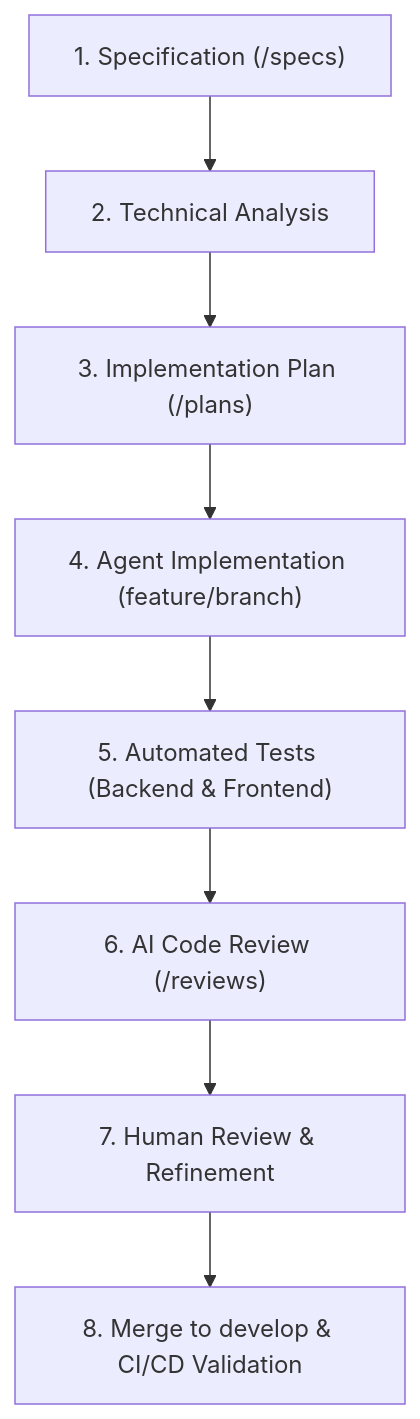
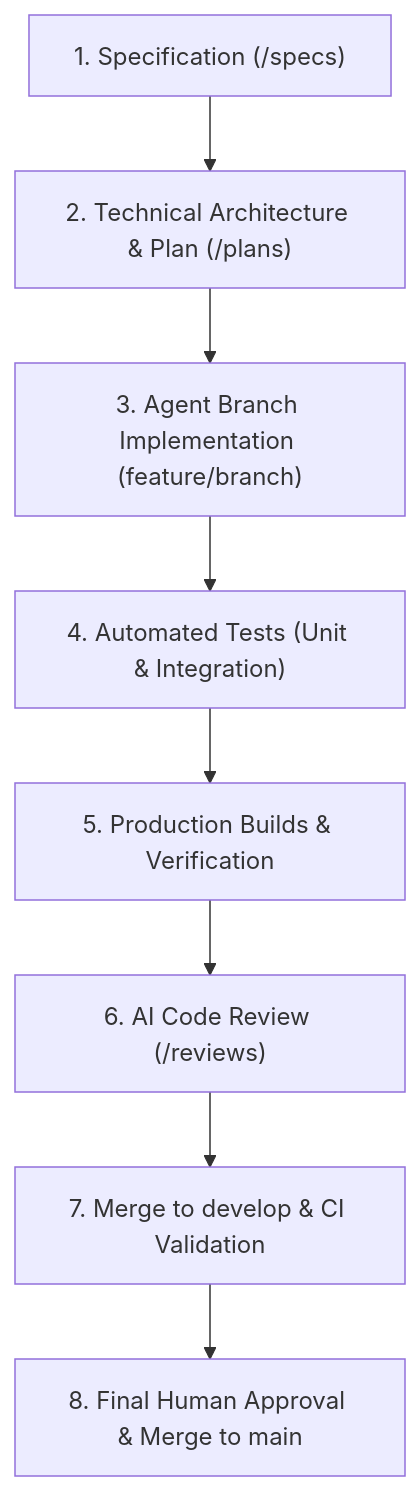
The first of 2 diagrams in README.md (brian-silvestri/AgenticBoard), drawn with Mermaid before and after one commit. The commit also changed other lines of this file and 4 other files, not shown here.

Commit message:
chore(devops-polish): update reverse proxy, final architecture & security reviews, and documentation

````diff
--- a/README.md
+++ b/README.md
@@ -31,10 +31,10 @@
 ```mermaid
 flowchart TD
-    A["1. Specification (/specs)"] --> B["2. Technical Analysis"]
-    B --> C["3. Implementation Plan (/plans)"]
-    C --> D["4. Agent Implementation (feature/branch)"]
-    D --> E["5. Automated Tests (Backend & Frontend)"]
+    A["1. Specification (/specs)"] --> B["2. Technical Architecture & Plan (/plans)"]
+    B --> C["3. Agent Branch Implementation (feature/branch)"]
+    C --> D["4. Automated Tests (Unit & Integration)"]
+    D --> E["5. Production Builds & Verification"]
     E --> F["6. AI Code Review (/reviews)"]
-    F --> G["7. Human Review & Refinement"]
-    G --> H["8. Merge to develop & CI/CD Validation"]
+    F --> G["7. Merge to develop & CI Validation"]
+    G --> H["8. Final Human Approval & Merge to main"]
 ```
````
